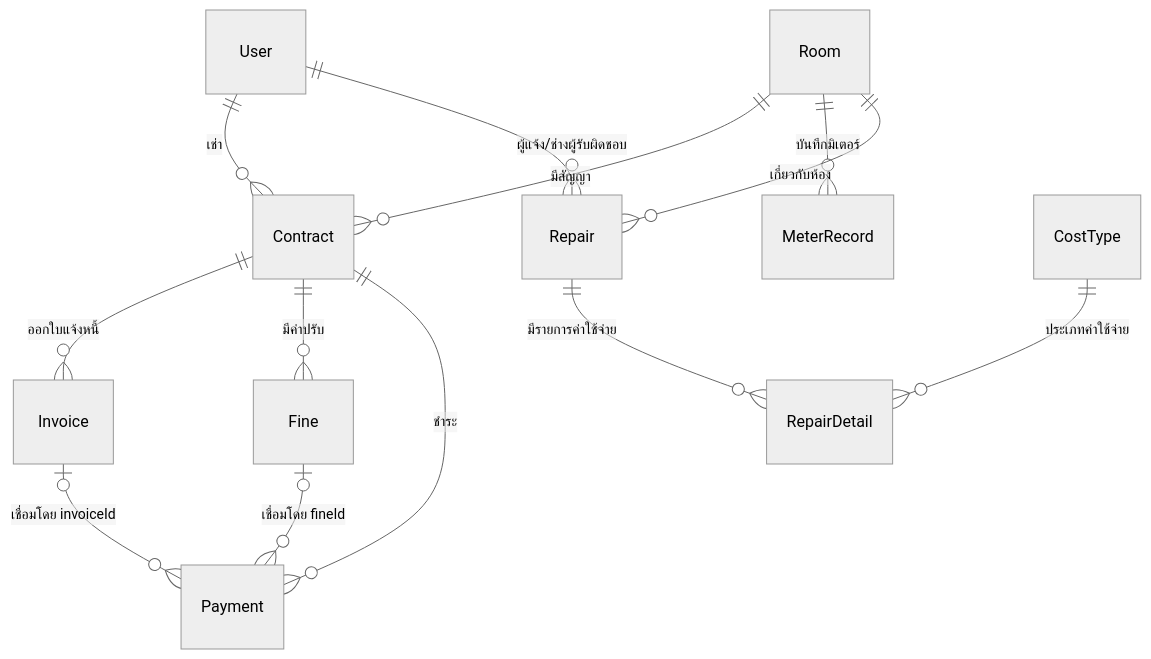
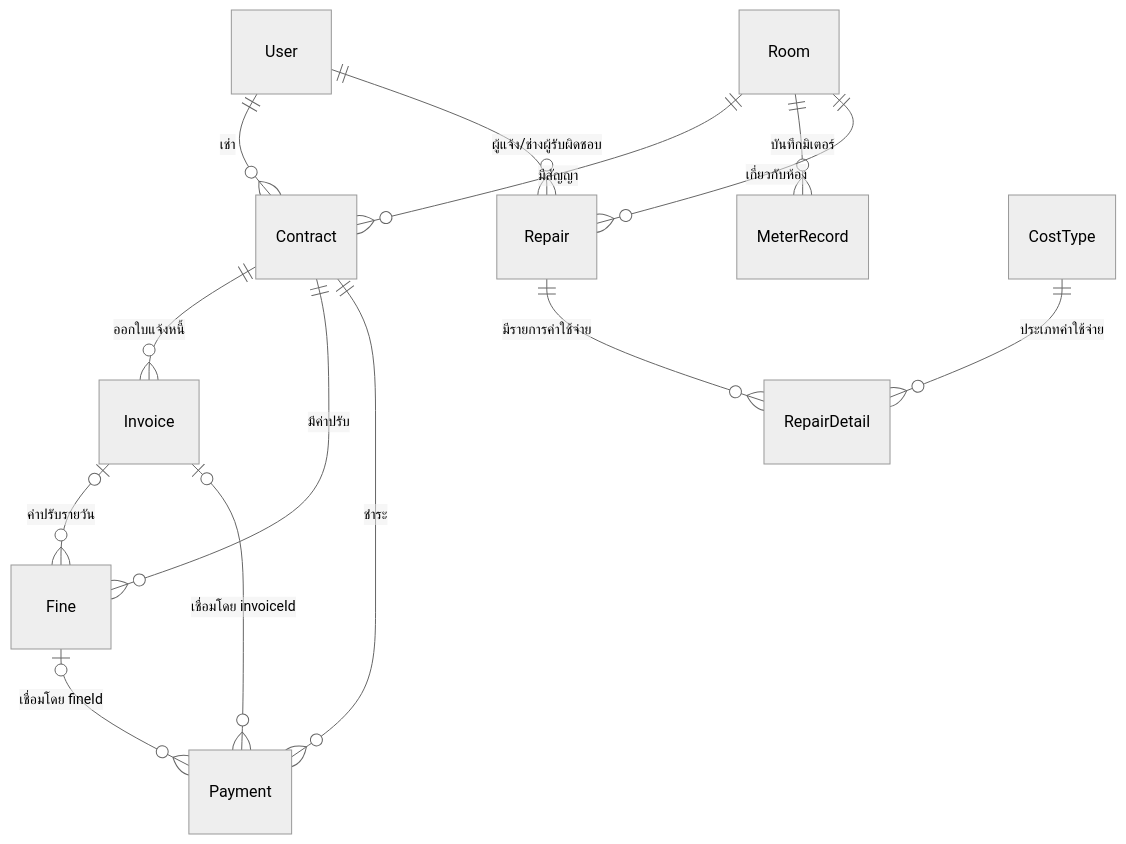
The diagram in database/DATABASE_DESCRIPTION.md (Aumlol/fah-sai-place), drawn with Mermaid (neutral theme) before and after one commit. The commit also changed other lines of this file and 23 other files, not shown here.

````diff
--- a/database/DATABASE_DESCRIPTION.md
+++ b/database/DATABASE_DESCRIPTION.md
@@ -7,15 +7,16 @@
 ```mermaid
 erDiagram
     User ||--o{ Contract : "เช่า"
     Room ||--o{ Contract : "มีสัญญา"
     Contract ||--o{ Invoice : "ออกใบแจ้งหนี้"
     Contract ||--o{ Fine : "มีค่าปรับ"
+    Invoice o|--o{ Fine : "ค่าปรับรายวัน"
     Contract ||--o{ Payment : "ชำระ"
     Invoice o|--o{ Payment : "เชื่อมโดย invoiceId"
     Fine o|--o{ Payment : "เชื่อมโดย fineId"
     Room ||--o{ MeterRecord : "บันทึกมิเตอร์"
     User ||--o{ Repair : "ผู้แจ้ง/ช่างผู้รับผิดชอบ"
     Room ||--o{ Repair : "เกี่ยวกับห้อง"
     Repair ||--o{ RepairDetail : "มีรายการค่าใช้จ่าย"
     CostType ||--o{ RepairDetail : "ประเภทค่าใช้จ่าย"
 ```
````
